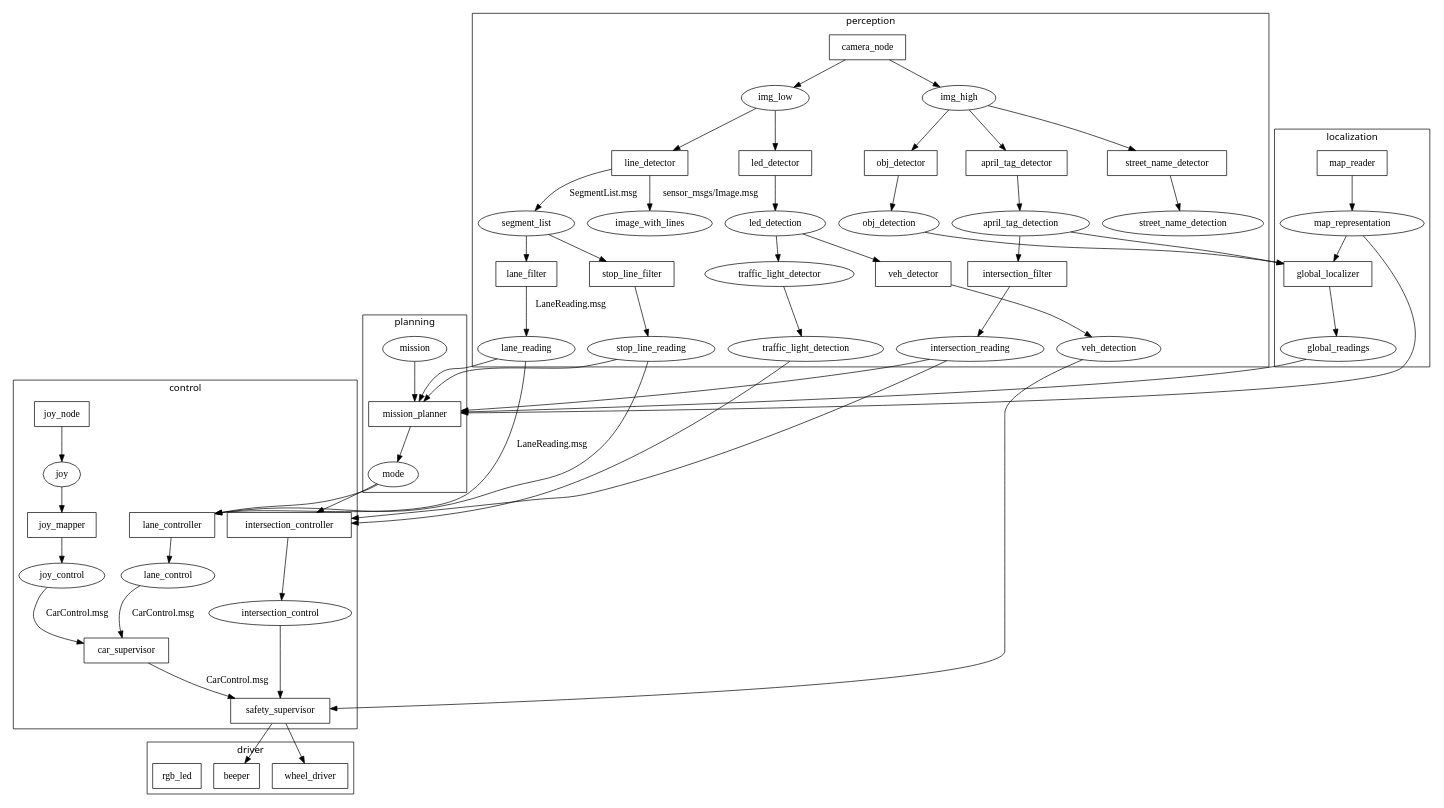
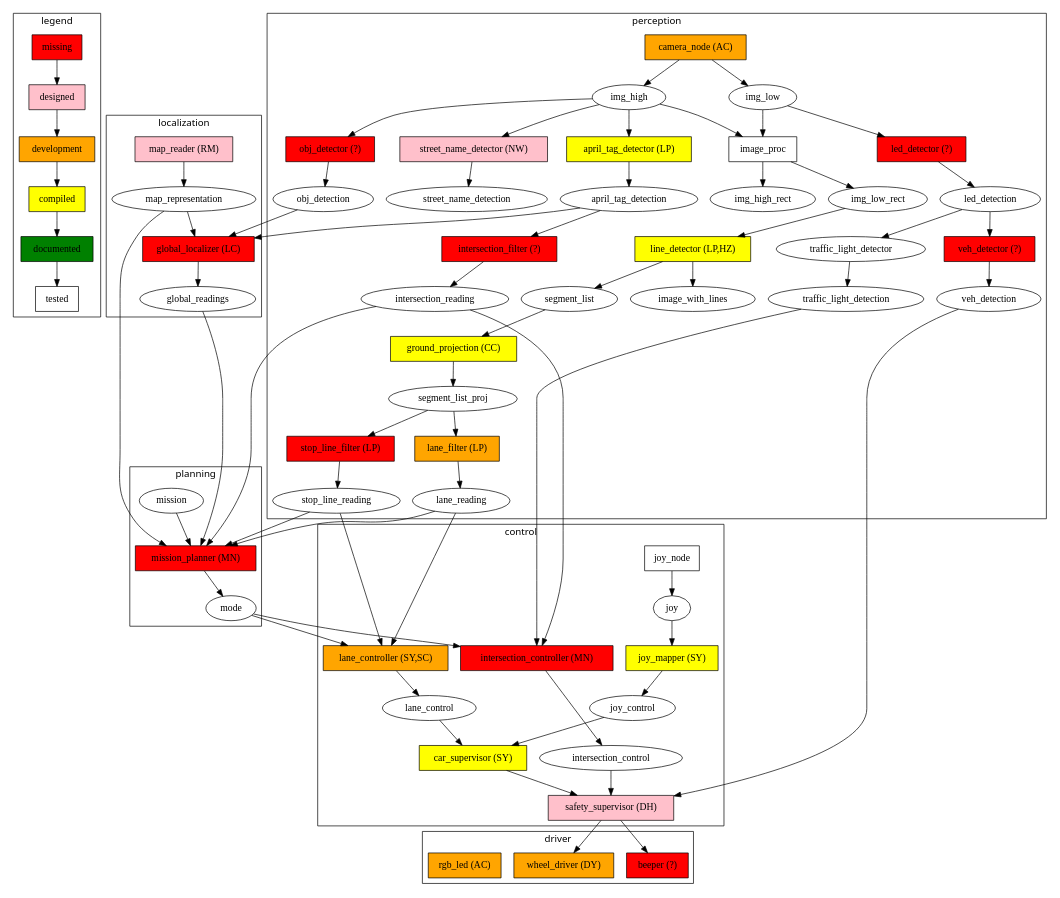
One commit to kungfrank/Knight_car changed the diagram in ros_diagram/Duckietown_ROS_Diagram.dot. Above: the diagram before and after it, drawn with Graphviz.

Commit message:
Update ROS_Diagram with development status and owner.

```diff
--- a/ros_diagram/Duckietown_ROS_Diagram.dot
+++ b/ros_diagram/Duckietown_ROS_Diagram.dot
@@ -2,53 +2,90 @@
 	fontname="sans";
 
 
-	//subgraph cluster_legend{
-	//	label="legend"
-	//	// ROS Topics
-	//	topic_name;
-	//	// ROS Nodes
-	//	node [shape=box]
-	//	node_name;
-	//	// Connection
-	//	node_name -> topic_name [label="publish"];
-	//	topic_name -> node_name [label="subscribe"];
-	//}
+	subgraph cluster_legend{
+		label="legend"
+		// ROS Topics
+		//topic_name;
+		// ROS Nodes
+		node [shape=box,fillcolor=white,style=filled];
+		missing [label="missing", fillcolor=red];
+		designed [label="designed", fillcolor=pink];
+		development [label="development", fillcolor=orange];
+		compiled [label="compiled", fillcolor=yellow];
+		documented [label="documented", fillcolor=green];
+		tested [label="tested", fillcolor=white];
+		// Connection
+		missing->designed->development->compiled->documented->tested;
+		//node_name -> topic_name [label="publish"];
+		//topic_name -> node_name [label="subscribe"];
+	}
 
-	// Nodes
-	
-	node [shape=box];
-	lane_filter; //tells you y and phi
-	line_detector;
-	april_tag_detector;
-	intersection_filter;
-	global_localizer;
-	stop_line_filter;
-	camera_node;
-	led_detector;
-	obj_detector;
-	map_reader;
-	lane_controller;
-	car_supervisor;
-	joy_node;
-	joy_mapper;
-	beeper;
-	intersection_controller;
-	safety_supervisor;
-	wheel_driver;
-	mission_planner;
-	rgb_led;
-	veh_detector;
-	street_name_detector;
+
+	// ==== Nodes Definition ==== //
+	node [shape=box,style=filled];
+	subgraph node_missing{
+		node [fillcolor=red];
+		global_localizer[label="global_localizer (LC)"];
+		intersection_filter[label="intersection_filter (?)"];
+		intersection_controller[label="intersection_controller (MN)"];
+		stop_line_filter[label="stop_line_filter (LP)"];
+		led_detector[label="led_detector (?)"];
+		obj_detector[label="obj_detector (?)"];
+		mission_planner[label="mission_planner (MN)"];
+		beeper[label="beeper (?)"];
+		veh_detector[label="veh_detector (?)"];
+	}
+	subgraph node_designed{
+		node [fillcolor=pink];
+		street_name_detector[label="street_name_detector (NW)"];
+		safety_supervisor[label="safety_supervisor (DH)"];
+		map_reader[label="map_reader (RM)"];
+	}
+	subgraph node_development{
+		node [fillcolor=orange];
+		wheel_driver[label="wheel_driver (DY)"];
+		rgb_led[label="rgb_led (AC)"];
+		camera_node[label="camera_node (AC)"];
+		lane_filter[label="lane_filter (LP)"]; 
+		lane_controller[label="lane_controller (SY,SC)"];
+	}
+	subgraph node_compiled{
+		node [fillcolor=yellow];
+		line_detector[label="line_detector (LP,HZ)"];
+		april_tag_detector[label="april_tag_detector (LP)"];
+		car_supervisor[label="car_supervisor (SY)"];
+		joy_mapper[label="joy_mapper (SY)"];
+		ground_projection[label="ground_projection (CC)"]
+	}
+	subgraph node_documented{
+		node [fillcolor=green];
+	}
+	subgraph node_tested{
+		node [fillcolor=white];
+		joy_node[label="joy_node"];
+		image_proc;
+	}
+
+	// Nodes Definition
+
 	//{rank=max; wheel_driver;beeper;rgb_led}
 	//{rank=min; map_reader;joy_node;camera_node}
 
+	//subgraph node_test {
+		//node[shape=box,fillcolor=red];
+		//street_name_detector;
+		//joy_node;
+		//joy_mapper;
+	//}
+
 	// Topics
-	node [shape=ellipse];
+	node [shape=ellipse,style=""];
 	//{rank=same; mission; joy; map_representation;}
 	map_representation;
 	img_low;
 	img_high;
 	segment_list;
+	segment_list_proj;
 	image_with_lines;
 	lane_reading; //LaneReading: y, phi, sigma_y, sigma_phi, status
 	april_tag_detection;
@@ -65,6 +102,8 @@
 	joy_control;
 	intersection_control;
 	street_name_detection;
+	img_low_rect;
+	img_high_rect;
 
 	subgraph cluster_perception{
 		label="perception"
@@ -80,9 +119,12 @@
 		stop_line_filter;
 		traffic_light_detector;
 		intersection_filter;
-		street_name_detector
+		street_name_detector;
+		image_proc;
+		ground_projection;
 		// Topics
 		segment_list;
+		segment_list_proj;
 		img_low;
 		img_high;
 		april_tag_detection;
@@ -95,6 +137,8 @@
 		traffic_light_detection;
 		intersection_reading;
 		street_name_detection;
+		img_low_rect;
+		img_high_rect;
 	}
 
 	subgraph cluster_control{
@@ -144,10 +188,15 @@
 
 
 	// Connections
+	img_low->image_proc;
+	img_high->image_proc;
+	image_proc->img_low_rect;
+	image_proc->img_high_rect;
+
 	camera_node->img_high;
 	camera_node->img_low;		
 
-	img_low->line_detector;
+	img_low_rect->line_detector;
 	img_low->led_detector;
 	
 	img_high->april_tag_detector;
@@ -165,12 +214,14 @@
 	
 	intersection_filter->intersection_reading;
 	
-	line_detector->segment_list [label="SegmentList.msg"];
-	line_detector->image_with_lines [label="sensor_msgs/Image.msg"]
-	segment_list->stop_line_filter;
-	segment_list->lane_filter;
-	lane_filter->lane_reading [label="LaneReading.msg"];
-	lane_reading->lane_controller [label="LaneReading.msg"];
+	line_detector->segment_list #[label="SegmentList.msg"];
+	line_detector->image_with_lines #[label="sensor_msgs/Image.msg"]
+	
+	segment_list_proj->stop_line_filter;
+	segment_list_proj->lane_filter;
+
+	lane_filter->lane_reading #[label="LaneReading.msg"];
+	lane_reading->lane_controller #[label="LaneReading.msg"];
 	lane_reading->mission_planner;
 
 	stop_line_filter->stop_line_reading;
@@ -189,10 +240,10 @@
 	map_representation->mission_planner;
 	
 	joy_node->joy->joy_mapper->joy_control;
-	joy_control-> car_supervisor [label="CarControl.msg"];
+	joy_control-> car_supervisor #[label="CarControl.msg"];
 	lane_controller->lane_control;
-	lane_control-> car_supervisor [label="CarControl.msg"];
-	car_supervisor->safety_supervisor [label="CarControl.msg"];
+	lane_control-> car_supervisor #[label="CarControl.msg"];
+	car_supervisor->safety_supervisor #[label="CarControl.msg"];
 	safety_supervisor->wheel_driver;
 	safety_supervisor->beeper;
 	
@@ -209,5 +260,7 @@
 	mission_planner->mode;
 	mission->mission_planner;
 
+	segment_list->ground_projection;
+	ground_projection->segment_list_proj;
 	//TODO annotate msg type.
 }
```
